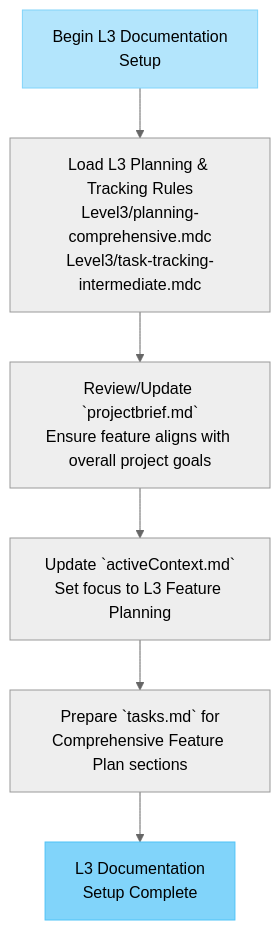
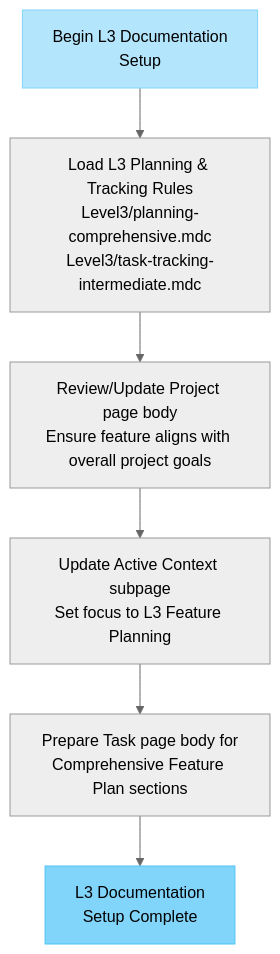
Before and after one commit to xianzhu21/cursor-memory-notion: the third of 8 diagrams in .cursor/rules/isolation_rules/Level3/workflow-level3.mdc, drawn with Mermaid (neutral theme). The commit also changed other lines of this file and 37 other files, not shown here.

````diff
--- a/.cursor/rules/isolation_rules/Level3/workflow-level3.mdc
+++ b/.cursor/rules/isolation_rules/Level3/workflow-level3.mdc
@@ -95,11 +99,11 @@
 ```mermaid
 graph TD
     StartDoc["Begin L3 Documentation<br>Setup"] --> LoadL3PlanTrack["Load L3 Planning & Tracking Rules<br>Level3/planning-comprehensive.mdc<br>Level3/task-tracking-intermediate.mdc"]
-    LoadL3PlanTrack --> UpdateBrief["Review/Update `projectbrief.md`<br>Ensure feature aligns with overall project goals"]
-    UpdateBrief --> UpdateActiveCtx["Update `activeContext.md`<br>Set focus to L3 Feature Planning"]
-    UpdateActiveCtx --> PrepTaskFile["Prepare `tasks.md` for<br>Comprehensive Feature Plan sections"]
+    LoadL3PlanTrack --> UpdateBrief["Review/Update Project page body<br>Ensure feature aligns with overall project goals"]
+    UpdateBrief --> UpdateActiveCtx["Update Active Context subpage<br>Set focus to L3 Feature Planning"]
+    UpdateActiveCtx --> PrepTaskFile["Prepare Task page body for<br>Comprehensive Feature Plan sections"]
     PrepTaskFile --> DocSetupComplete["L3 Documentation<br>Setup Complete"]
 
     style StartDoc fill:#b3e5fc,stroke:#81d4fa
     style DocSetupComplete fill:#81d4fa,stroke:#4fc3f7
 ```
````
